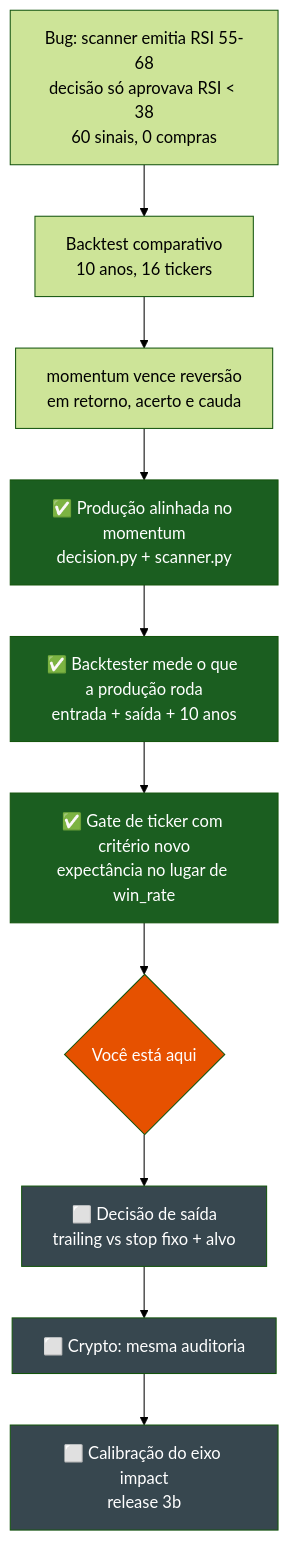
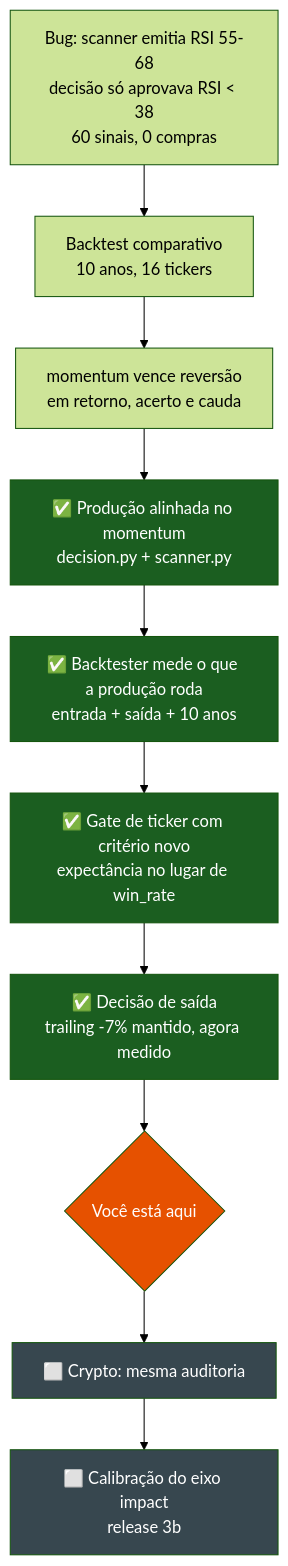
Before and after one commit to JaderZerbini/Pipeline_Inteligencia_Quantitativa: the diagram in ESTRATEGIA.md, drawn with Mermaid (forest theme). The commit also changed other lines of this file, not shown here.

First line of the commit message:
docs(estrategia): registra a decisao de saida, agora medida

````diff
--- a/ESTRATEGIA.md
+++ b/ESTRATEGIA.md
@@ -13,21 +13,21 @@
 ```mermaid
 flowchart TD
     A["Bug: scanner emitia RSI 55-68<br/>decisão só aprovava RSI &lt; 38<br/>60 sinais, 0 compras"] --> B
     B["Backtest comparativo<br/>10 anos, 16 tickers"] --> C
     C["momentum vence reversão<br/>em retorno, acerto e cauda"] --> D
     D["✅ Produção alinhada no momentum<br/>decision.py + scanner.py"] --> E
     E["✅ Backtester mede o que a produção roda<br/>entrada + saída + 10 anos"] --> F
-    F["✅ Gate de ticker com critério novo<br/>expectância no lugar de win_rate"] --> G
+    F["✅ Gate de ticker com critério novo<br/>expectância no lugar de win_rate"] --> H
+    H["✅ Decisão de saída<br/>trailing -7% mantido, agora medido"] --> G
     G{"Você está aqui"}
-    G --> H["⬜ Decisão de saída<br/>trailing vs stop fixo + alvo"]
-    H --> I["⬜ Crypto: mesma auditoria"]
+    G --> I["⬜ Crypto: mesma auditoria"]
     I --> J["⬜ Calibração do eixo impact<br/>release 3b"]
 
     style D fill:#1b5e20,color:#fff
     style E fill:#1b5e20,color:#fff
     style F fill:#1b5e20,color:#fff
+    style H fill:#1b5e20,color:#fff
     style G fill:#e65100,color:#fff
-    style H fill:#37474f,color:#fff
     style I fill:#37474f,color:#fff
     style J fill:#37474f,color:#fff
 ```
````
